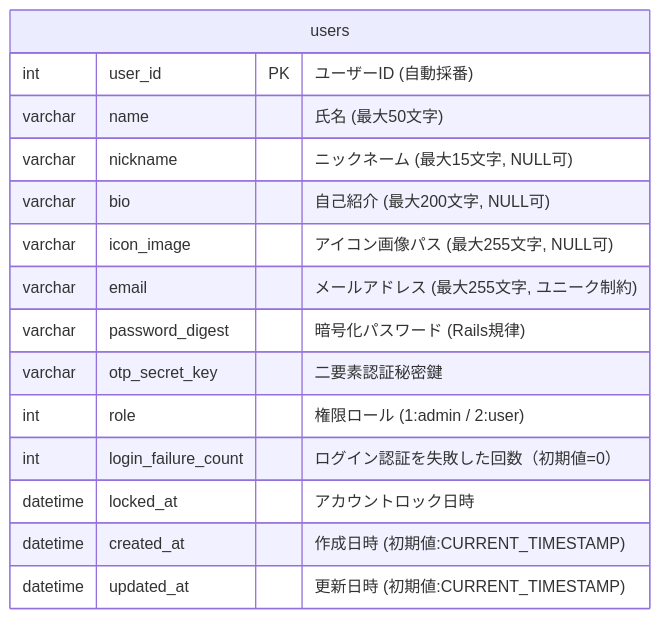
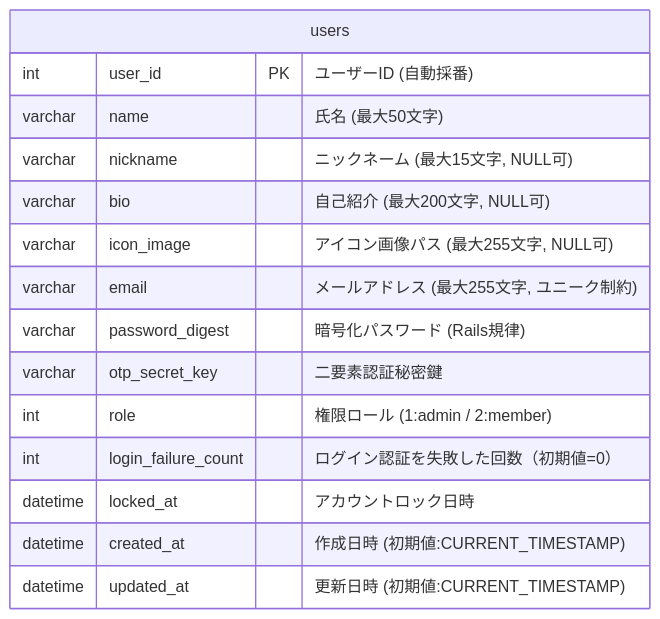
The diagram in docs/basic_design/基本設計書.md (mei3336/ptu-training-hosoya), drawn with Mermaid before and after one commit. The commit also changed other lines of this file and 5 other files, not shown here.

````diff
--- a/docs/basic_design/基本設計書.md
+++ b/docs/basic_design/基本設計書.md
@@ -212,18 +212,18 @@
 ```mermaid
 erDiagram
     users {
         int user_id PK "ユーザーID (自動採番)"
         varchar name "氏名 (最大50文字)"
         varchar nickname "ニックネーム (最大15文字, NULL可)"
         varchar bio "自己紹介 (最大200文字, NULL可)"
         varchar icon_image "アイコン画像パス (最大255文字, NULL可)"
         varchar email "メールアドレス (最大255文字, ユニーク制約)"
         varchar password_digest "暗号化パスワード (Rails規律)"
         varchar otp_secret_key "二要素認証秘密鍵"
-        int role "権限ロール (1:admin / 2:user)"
+        int role "権限ロール (1:admin / 2:member)"
         int login_failure_count "ログイン認証を失敗した回数（初期値=0）"
         datetime locked_at  "アカウントロック日時"
         datetime created_at "作成日時 (初期値:CURRENT_TIMESTAMP)"
         datetime updated_at "更新日時 (初期値:CURRENT_TIMESTAMP)"
     }
 ```
````
